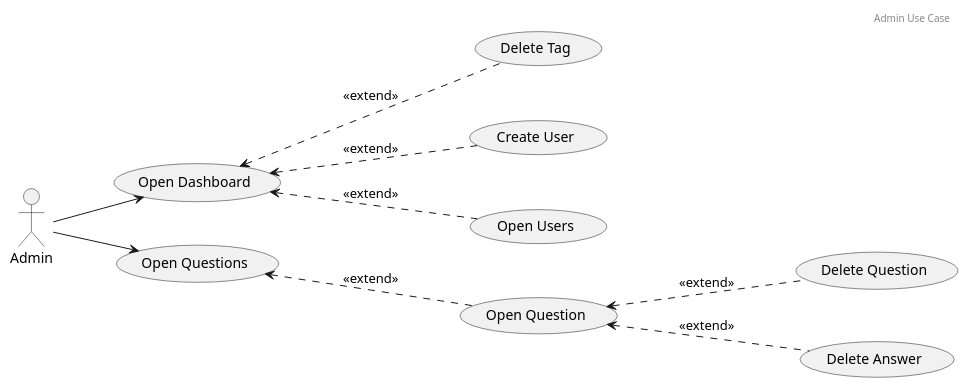
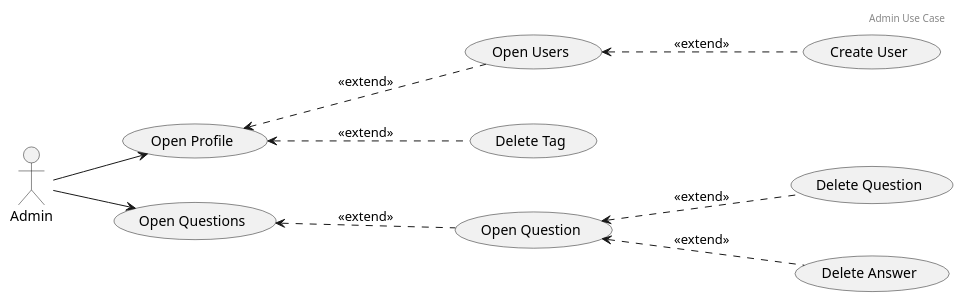
The diagram in src/main/resources/templates/useCases/useCasesAdmin.plantuml (rafaelacirino/miw-backend-foro), drawn with PlantUML before and after one commit. The commit also changed 9 other files, not shown here.

Commit message:
update diagrams

```diff
--- a/src/main/resources/templates/useCases/useCasesAdmin.plantuml
+++ b/src/main/resources/templates/useCases/useCasesAdmin.plantuml
@@ -1,28 +1,28 @@
 @startuml
 
 header Admin Use Case
 
 actor Admin
 
 left to right direction
 
 (Delete Tag) as UC1
 (Delete Question) as UC2
 (Create User) as UC3
 (Open Users) as UC4
 (Delete Answer) as UC5
 (Open Question) as UC7
 (Open Questions) as UC11
-(Open Dashboard) as UC35
+(Open Profile) as UC35
 
 UC7 .-up-> UC11 : <<extend>>
 UC2 .-up-> UC7 : <<extend>>
 UC5 .-up-> UC7 : <<extend>>
 UC1 .-up-> UC35 : <<extend>>
-UC3 .-up-> UC35 : <<extend>>
+UC3 .-up-> UC4 : <<extend>>
 UC4 .-up-> UC35 : <<extend>>
 
 Admin --> UC11
 Admin --> UC35
 
 @enduml
```
